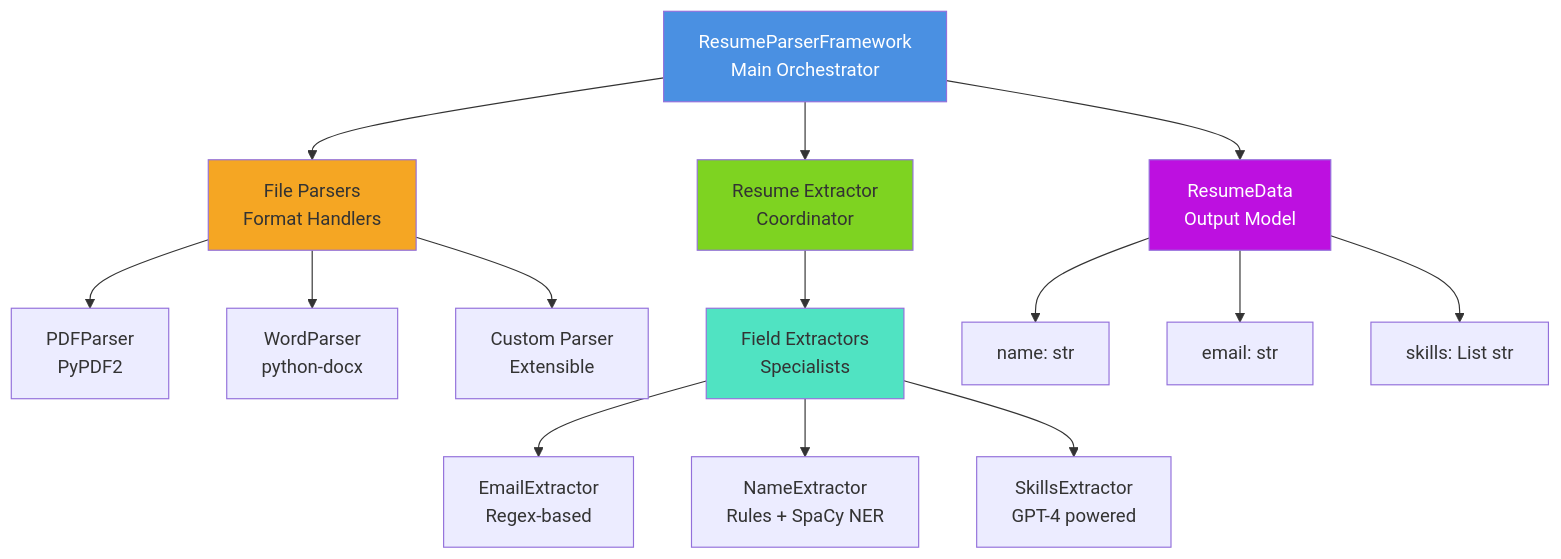
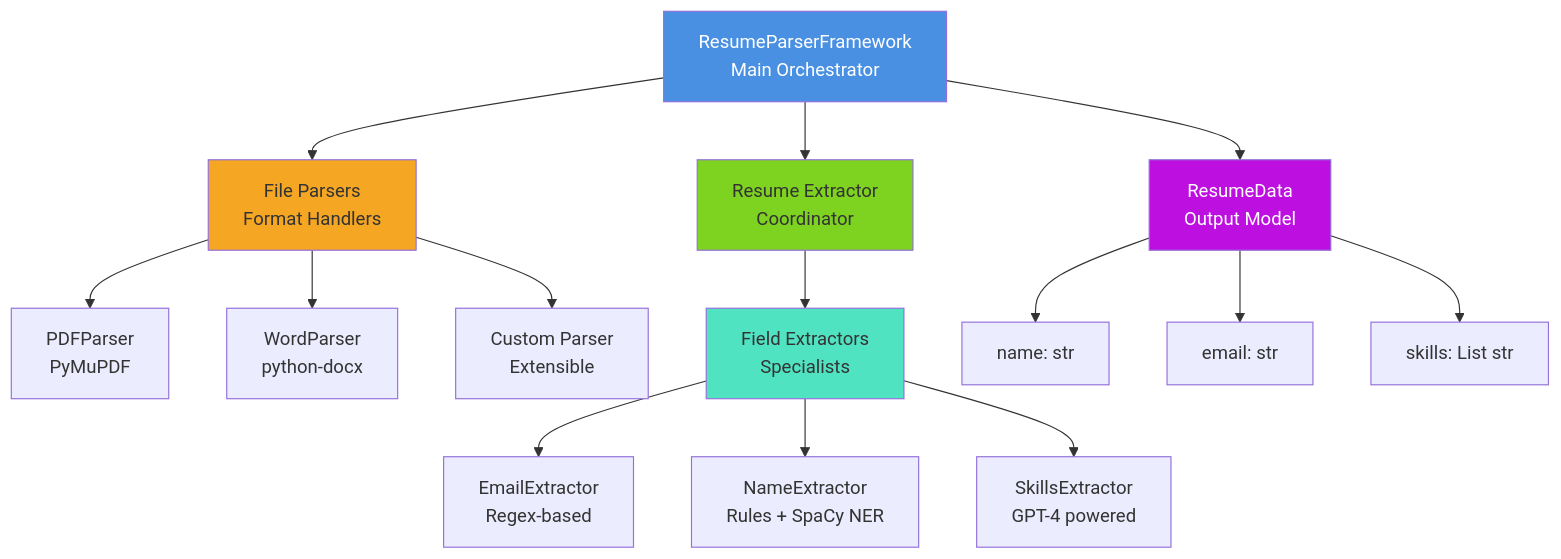
One commit to ovokpus/ResumeParser changed the second of 2 diagrams in README.md. Above: the diagram before and after it, drawn with Mermaid. The commit also changed other lines of this file and 12 other files, not shown here.

````diff
--- a/README.md
+++ b/README.md
@@ -249,25 +249,25 @@
 ```mermaid
 graph TD
     A[ResumeParserFramework<br/>Main Orchestrator] --> B[File Parsers<br/>Format Handlers]
     A --> C[Resume Extractor<br/>Coordinator]
     A --> D[ResumeData<br/>Output Model]
     
-    B --> B1[PDFParser<br/>PyPDF2]
+    B --> B1[PDFParser<br/>PyMuPDF]
     B --> B2[WordParser<br/>python-docx]
     B --> B3[Custom Parser<br/>Extensible]
     
     C --> C1[Field Extractors<br/>Specialists]
     C1 --> C1A[EmailExtractor<br/>Regex-based]
     C1 --> C1B[NameExtractor<br/>Rules + SpaCy NER]
     C1 --> C1C[SkillsExtractor<br/>GPT-4 powered]
     
     D --> D1[name: str]
     D --> D2[email: str]
     D --> D3[skills: List str]
     
     style A fill:#4a90e2,color:#fff
     style B fill:#f5a623
     style C fill:#7ed321
     style D fill:#bd10e0,color:#fff
     style C1 fill:#50e3c2
 ```
````
